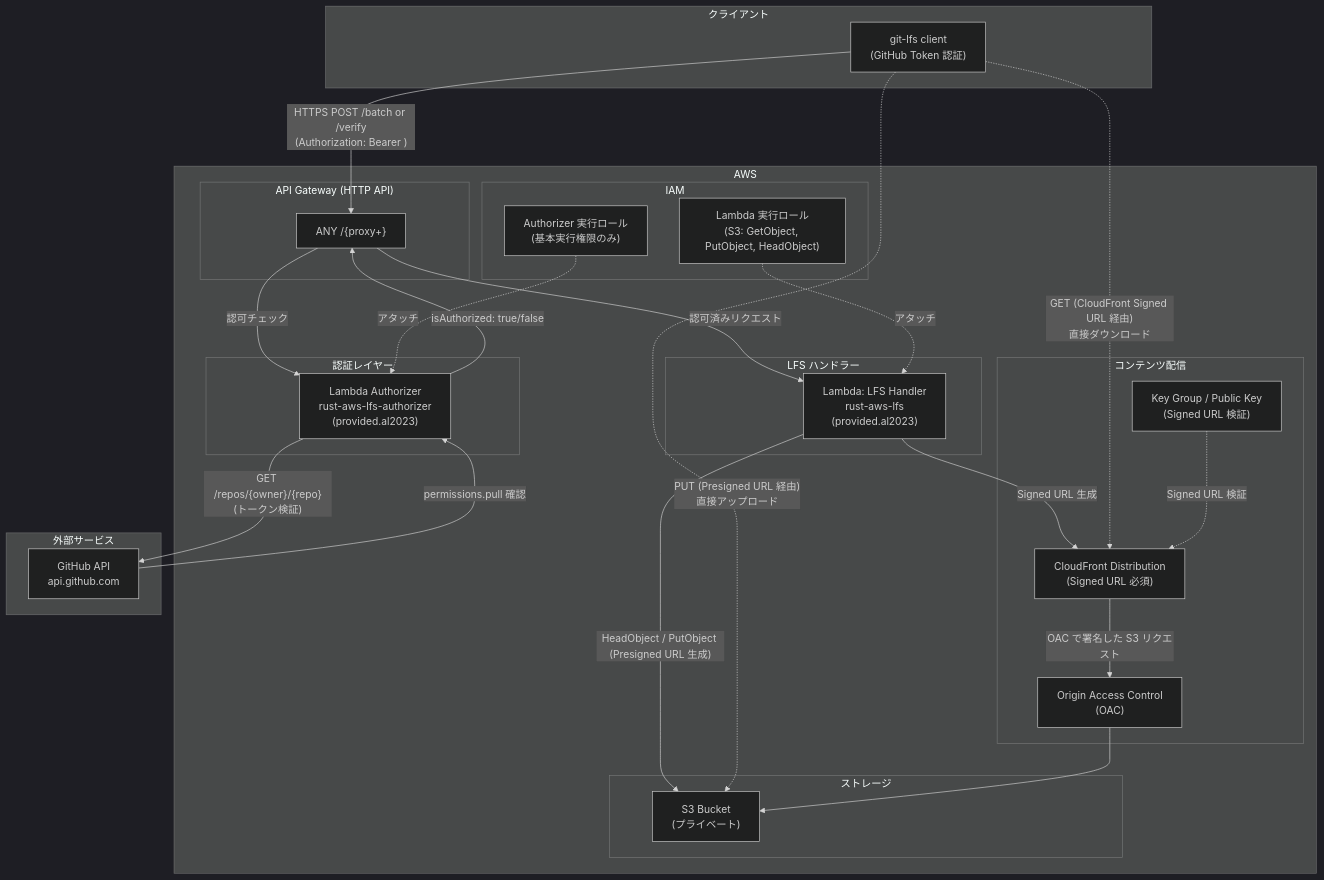
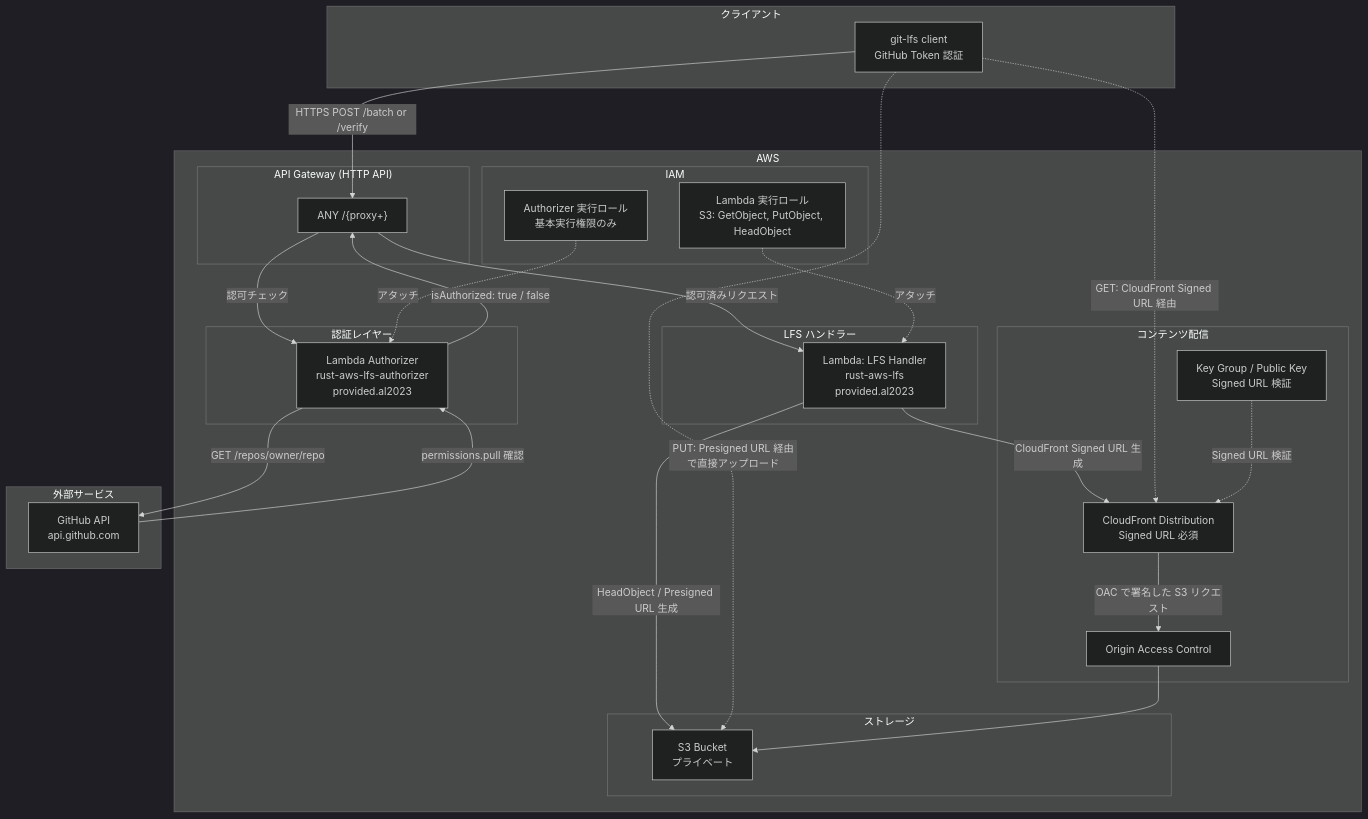
Before and after one commit to script202602/rust-aws-git-lfs: the first of 4 diagrams in docs/design/aws-architecture.md, drawn with Mermaid (dark theme). The commit also changed other lines of this file, not shown here.

Commit message:
docs: Mermaidシンタックスエラーを修正
- ノード/エッジラベル内の \n を <br/> に置換（Mermaidで未サポート）
- エッジラベルの <github-token> をアングルブラケットなしに修正（HTMLタグ誤認識）
- sequenceDiagram のメッセージ内 \n を除去
- graph LR の subgraph "..." を subgraph ID["..."] 形式に統一

https://claude.ai/code/session_01KaSUPF2Z4KtmcCheqCe7vW

````diff
--- a/docs/design/aws-architecture.md
+++ b/docs/design/aws-architecture.md
@@ -5,64 +5,58 @@
 ```mermaid
 graph TB
     subgraph Client["クライアント"]
-        GIT["git-lfs client\n(GitHub Token 認証)"]
+        GIT["git-lfs client<br/>GitHub Token 認証"]
     end
 
     subgraph AWS["AWS"]
         subgraph APIGW["API Gateway (HTTP API)"]
             ROUTE["ANY /{proxy+}"]
         end
 
         subgraph AUTH["認証レイヤー"]
-            AUTHORIZER["Lambda Authorizer\nrust-aws-lfs-authorizer\n(provided.al2023)"]
+            AUTHORIZER["Lambda Authorizer<br/>rust-aws-lfs-authorizer<br/>provided.al2023"]
         end
 
         subgraph HANDLER["LFS ハンドラー"]
-            LAMBDA["Lambda: LFS Handler\nrust-aws-lfs\n(provided.al2023)"]
+            LAMBDA["Lambda: LFS Handler<br/>rust-aws-lfs<br/>provided.al2023"]
         end
 
         subgraph STORAGE["ストレージ"]
-            S3["S3 Bucket\n(プライベート)"]
+            S3["S3 Bucket<br/>プライベート"]
         end
 
         subgraph CDN["コンテンツ配信"]
-            CF["CloudFront Distribution\n(Signed URL 必須)"]
-            OAC["Origin Access Control\n(OAC)"]
-            KEYPAIR["Key Group / Public Key\n(Signed URL 検証)"]
+            CF["CloudFront Distribution<br/>Signed URL 必須"]
+            OAC["Origin Access Control"]
+            KEYPAIR["Key Group / Public Key<br/>Signed URL 検証"]
         end
 
         subgraph IAM["IAM"]
-            ROLE_MAIN["Lambda 実行ロール\n(S3: GetObject, PutObject, HeadObject)"]
-            ROLE_AUTH["Authorizer 実行ロール\n(基本実行権限のみ)"]
+            ROLE_MAIN["Lambda 実行ロール<br/>S3: GetObject, PutObject, HeadObject"]
+            ROLE_AUTH["Authorizer 実行ロール<br/>基本実行権限のみ"]
         end
     end
 
     subgraph External["外部サービス"]
-        GITHUB_API["GitHub API\napi.github.com"]
+        GITHUB_API["GitHub API<br/>api.github.com"]
     end
 
-    %% リクエストフロー
-    GIT -->|"HTTPS POST /batch or /verify\n(Authorization: Bearer <github-token>)"| ROUTE
+    GIT -->|"HTTPS POST /batch or /verify"| ROUTE
     ROUTE -->|"認可チェック"| AUTHORIZER
-    AUTHORIZER -->|"GET /repos/{owner}/{repo}\n(トークン検証)"| GITHUB_API
+    AUTHORIZER -->|"GET /repos/owner/repo"| GITHUB_API
     GITHUB_API -->|"permissions.pull 確認"| AUTHORIZER
-    AUTHORIZER -->|"isAuthorized: true/false"| ROUTE
+    AUTHORIZER -->|"isAuthorized: true / false"| ROUTE
     ROUTE -->|"認可済みリクエスト"| LAMBDA
 
-    %% Lambda ↔ S3
-    LAMBDA -->|"HeadObject / PutObject (Presigned URL 生成)"| S3
-    LAMBDA -->|"Signed URL 生成"| CF
+    LAMBDA -->|"HeadObject / Presigned URL 生成"| S3
+    LAMBDA -->|"CloudFront Signed URL 生成"| CF
 
-    %% アップロード: クライアントが直接 S3 へ
-    GIT -.->|"PUT (Presigned URL 経由)\n直接アップロード"| S3
-
-    %% ダウンロード: クライアントが CloudFront 経由
-    GIT -.->|"GET (CloudFront Signed URL 経由)\n直接ダウンロード"| CF
+    GIT -.->|"PUT: Presigned URL 経由で直接アップロード"| S3
+    GIT -.->|"GET: CloudFront Signed URL 経由"| CF
     CF -->|"OAC で署名した S3 リクエスト"| OAC
     OAC --> S3
 
-    %% IAM 関連
     ROLE_MAIN -.->|"アタッチ"| LAMBDA
     ROLE_AUTH -.->|"アタッチ"| AUTHORIZER
     KEYPAIR -.->|"Signed URL 検証"| CF
 ```
````
